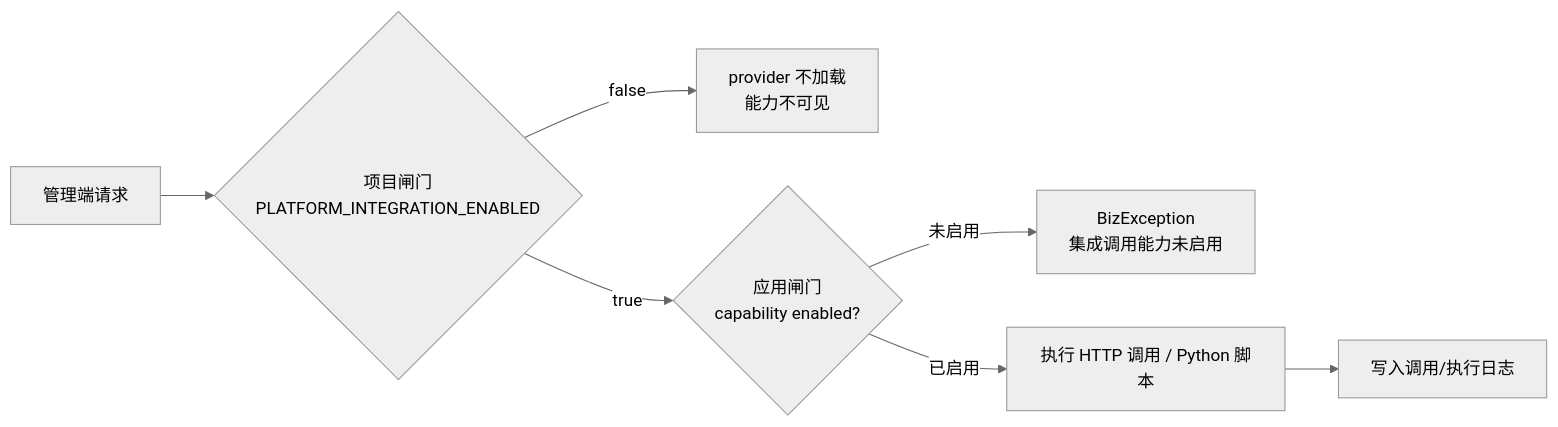
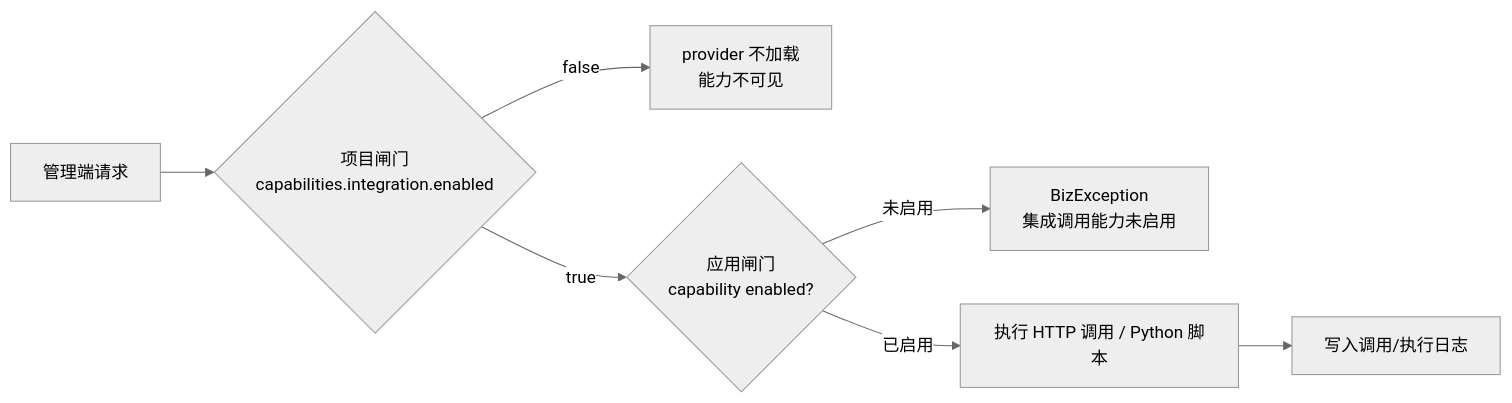
Before and after one commit to mcyudream/YuDream-Admin: the first of 2 diagrams in yd-docs/docs/features/integration.md, drawn with Mermaid (neutral theme). The commit also changed other lines of this file and 33 other files, not shown here.

````diff
--- a/yd-docs/docs/features/integration.md
+++ b/yd-docs/docs/features/integration.md
@@ -13,9 +13,9 @@
 ```mermaid
 flowchart LR
-    A[管理端请求] --> B{项目闸门<br/>PLATFORM_INTEGRATION_ENABLED}
+    A[管理端请求] --> B{项目闸门<br/>capabilities.integration.enabled}
     B -->|false| X[provider 不加载<br/>能力不可见]
     B -->|true| C{应用闸门<br/>capability enabled?}
     C -->|未启用| Y[BizException<br/>集成调用能力未启用]
     C -->|已启用| D[执行 HTTP 调用 / Python 脚本]
     D --> E[写入调用/执行日志]
 ```
````
